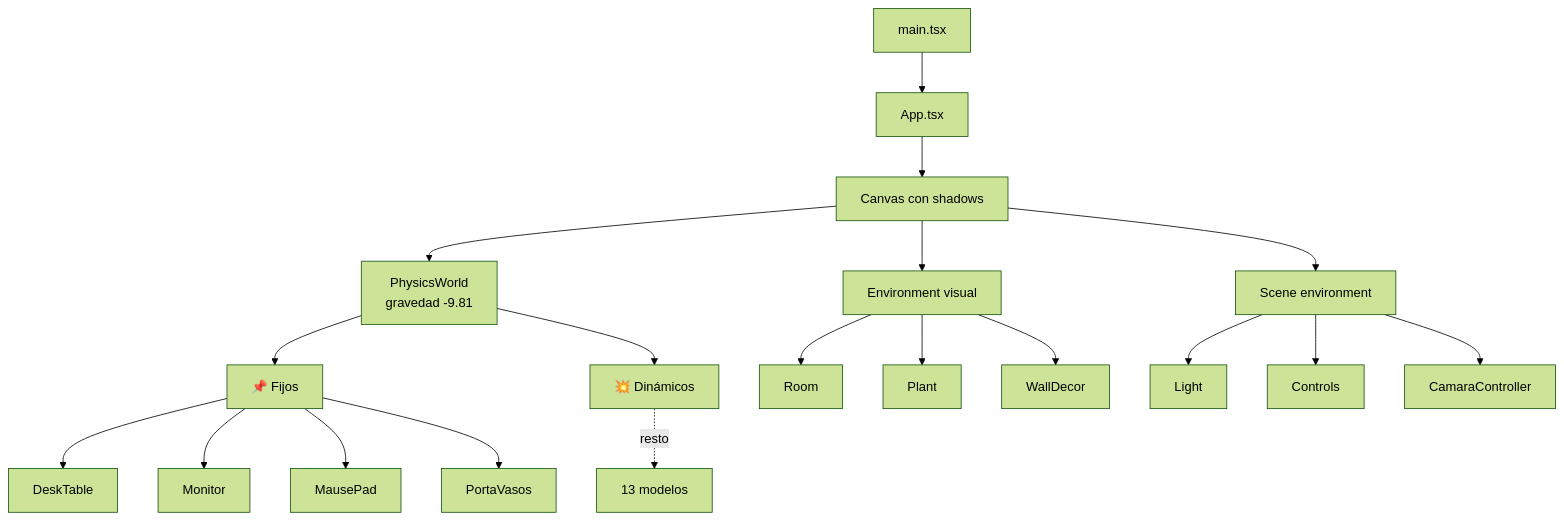
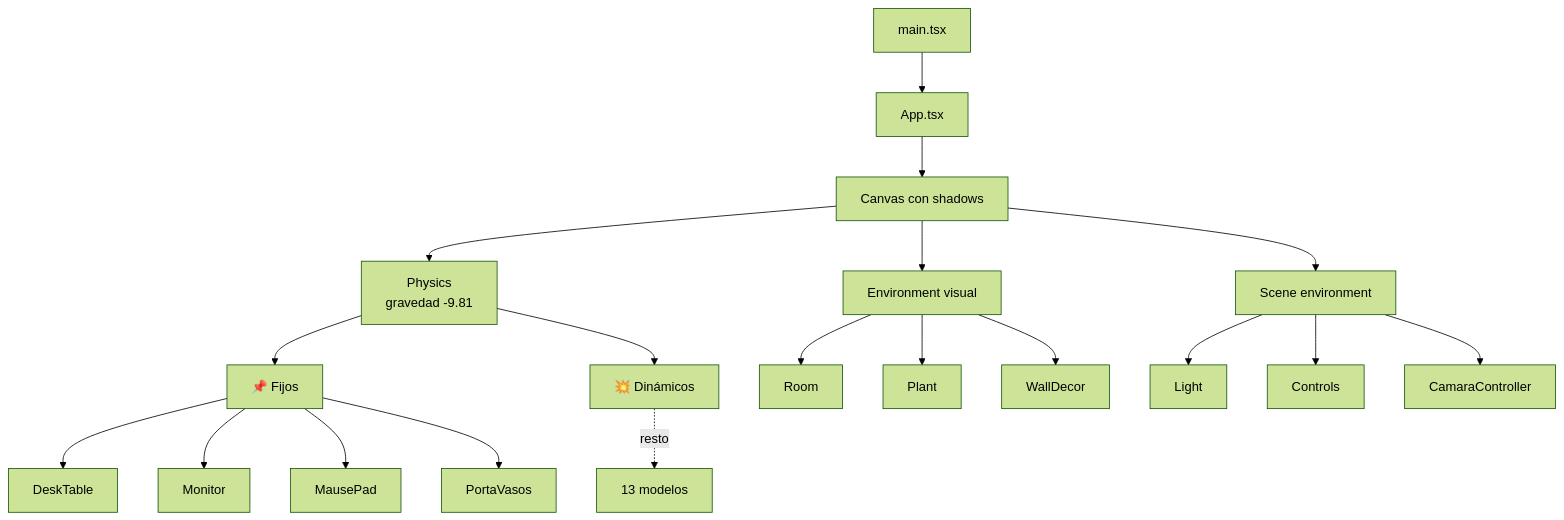
One commit to Palcojulian/portafolio changed the diagram in docs/01-arquitectura/estructura-carpetas.md. Above: the diagram before and after it, drawn with Mermaid (forest theme). The commit also changed other lines of this file, not shown here.

````diff
--- a/docs/01-arquitectura/estructura-carpetas.md
+++ b/docs/01-arquitectura/estructura-carpetas.md
@@ -108,25 +108,25 @@
 ```mermaid
 graph TB
     Main[main.tsx] --> App[App.tsx]
     App --> Canvas[Canvas con shadows]
 
-    Canvas --> Physics[PhysicsWorld<br/>gravedad -9.81]
+    Canvas --> Physics[Physics<br/>gravedad -9.81]
     Canvas --> Env[Environment visual]
     Canvas --> Scene[Scene environment]
 
     Physics --> Fixed[📌 Fijos]
     Physics --> Dynamic[💥 Dinámicos]
     Fixed --> DeskTable
     Fixed --> Monitor
     Fixed --> MausePad
     Fixed --> PortaVasos
     Dynamic -.->|resto| Models13[13 modelos]
 
     Env --> Room
     Env --> Plant
     Env --> WallDecor
 
     Scene --> Light
     Scene --> Controls
     Scene --> CamaraController
 ```
````
